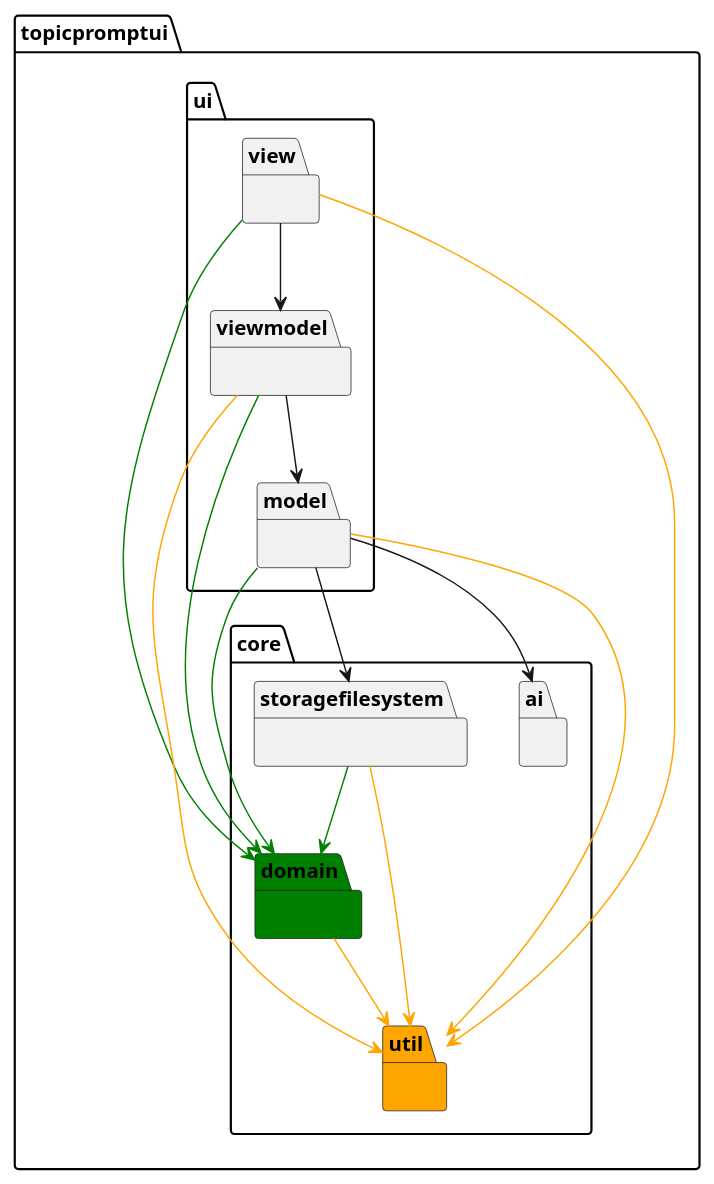
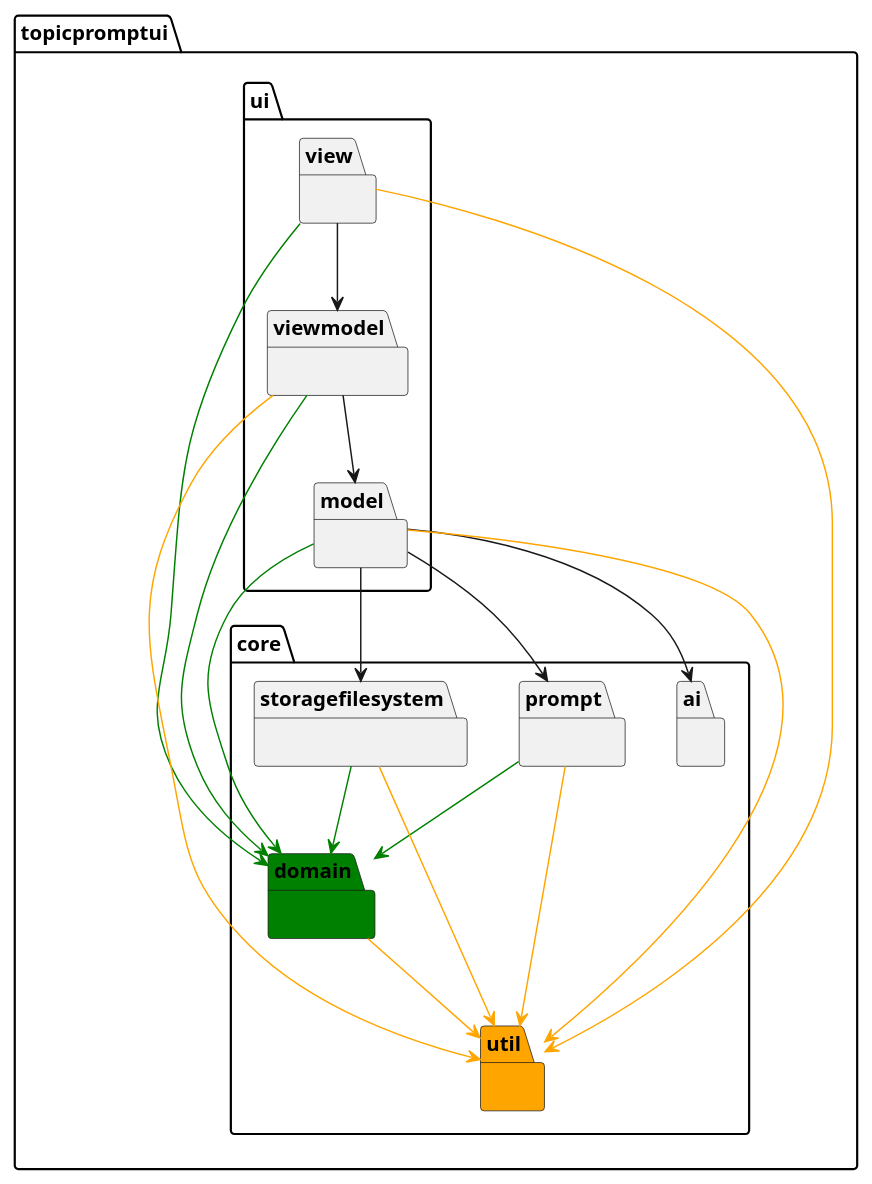
The diagram in docs/package-layer-dependencies.puml (Aleks-Ya/topic-prompt-ui), drawn with PlantUML before and after one commit. The commit also changed 25 other files, not shown here.

Commit message:
Move "prompt" package to "core"

```diff
--- a/docs/package-layer-dependencies.puml
+++ b/docs/package-layer-dependencies.puml
@@ -1,34 +1,38 @@
 @startuml
 'https://plantuml.com/class-diagram
 
 package topicpromptui {
     package core {
         package ai {}
+        package prompt {}
         package util #orange {}
         package domain #green {}
         package storagefilesystem {}
     }
     package ui {
         package model {}
         package view {}
         package viewmodel {}
     }
 }
 
 ' Arrows into domain are green, arrows into util are orange, to make the
 ' two widely-shared leaf packages easy to trace across the layers.
 view --> viewmodel
 view -[#green]-> domain
 view -[#orange]-> util
 viewmodel --> model
 viewmodel -[#green]-> domain
 viewmodel -[#orange]-> util
 model --> ai
+model --> prompt
 model --> storagefilesystem
 model -[#green]-> domain
 model -[#orange]-> util
+prompt -[#green]-> domain
+prompt -[#orange]-> util
 storagefilesystem -[#green]-> domain
 storagefilesystem -[#orange]-> util
 domain -[#orange]-> util
 
 @enduml
```
